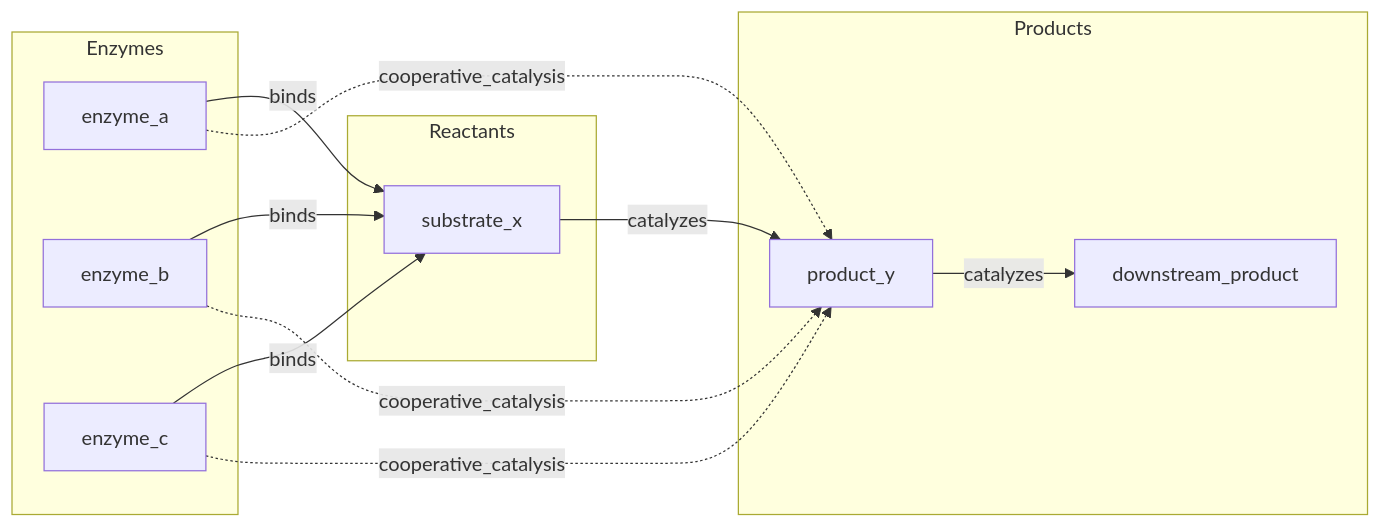
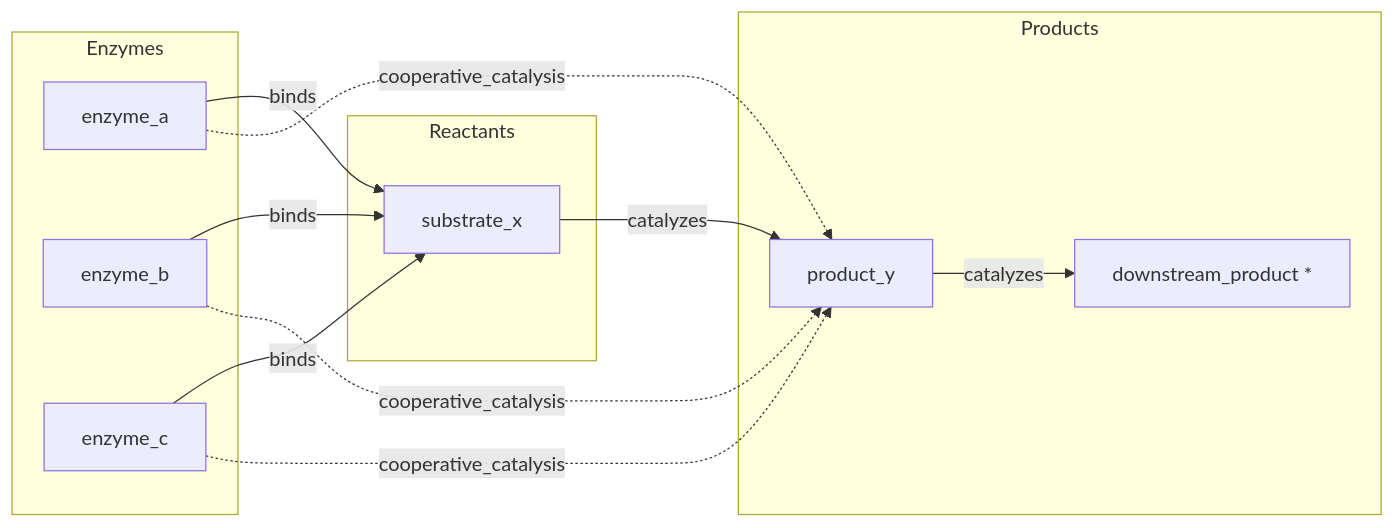
One commit to antquinonez/Hyper3 changed the diagram in examples/showcase/core/directed_hypergraphs/README.md. Above: the diagram before and after it, drawn with Mermaid. The commit also changed other lines of this file and 4 other files, not shown here.

````diff
--- a/examples/showcase/core/directed_hypergraphs/README.md
+++ b/examples/showcase/core/directed_hypergraphs/README.md
@@ -79,28 +79,28 @@
 ```mermaid
 graph LR
     subgraph "Enzymes"
         EA["enzyme_a"]
         EB["enzyme_b"]
         EC["enzyme_c"]
     end
 
     subgraph "Reactants"
         SX["substrate_x"]
     end
 
     subgraph "Products"
         PY["product_y"]
-        DP["downstream_product"]
+        DP["downstream_product *"]
     end
 
     EA -->|"binds"| SX
     EB -->|"binds"| SX
     EC -->|"binds"| SX
 
     SX -->|"catalyzes"| PY
     PY -->|"catalyzes"| DP
 
     EA -.->|"cooperative_catalysis"| PY
     EB -.->|"cooperative_catalysis"| PY
     EC -.->|"cooperative_catalysis"| PY
 ```
````
